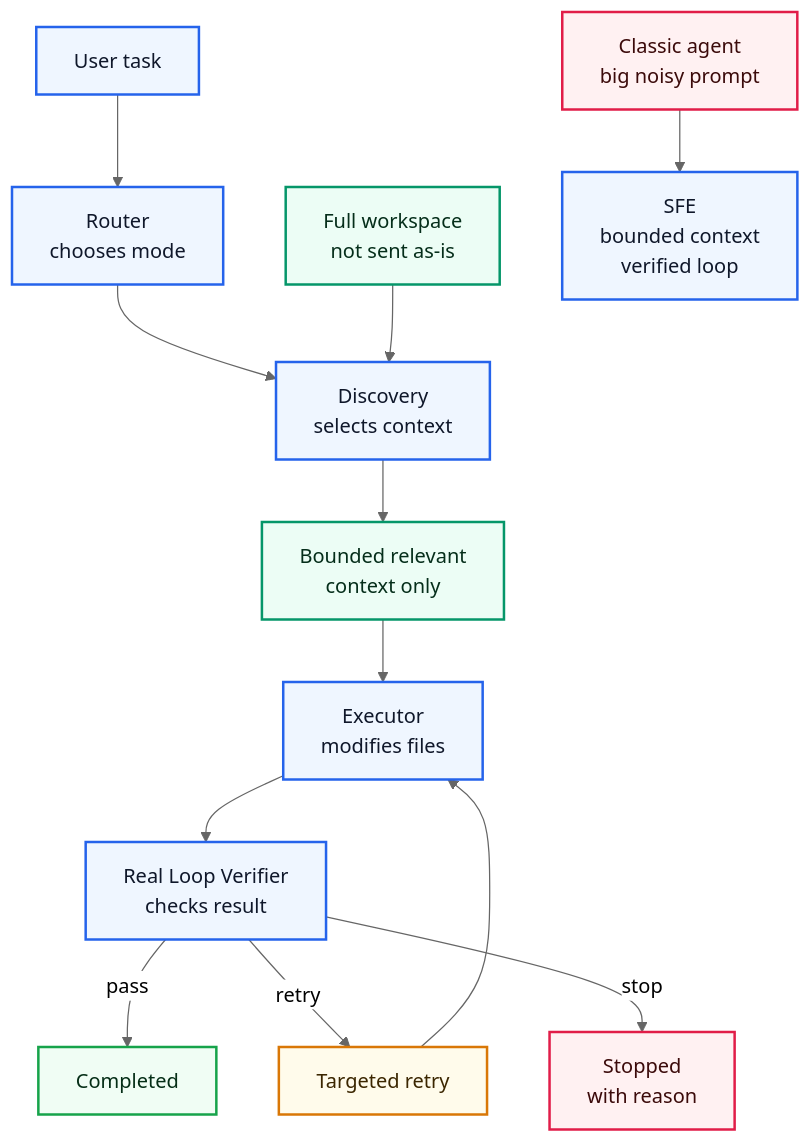
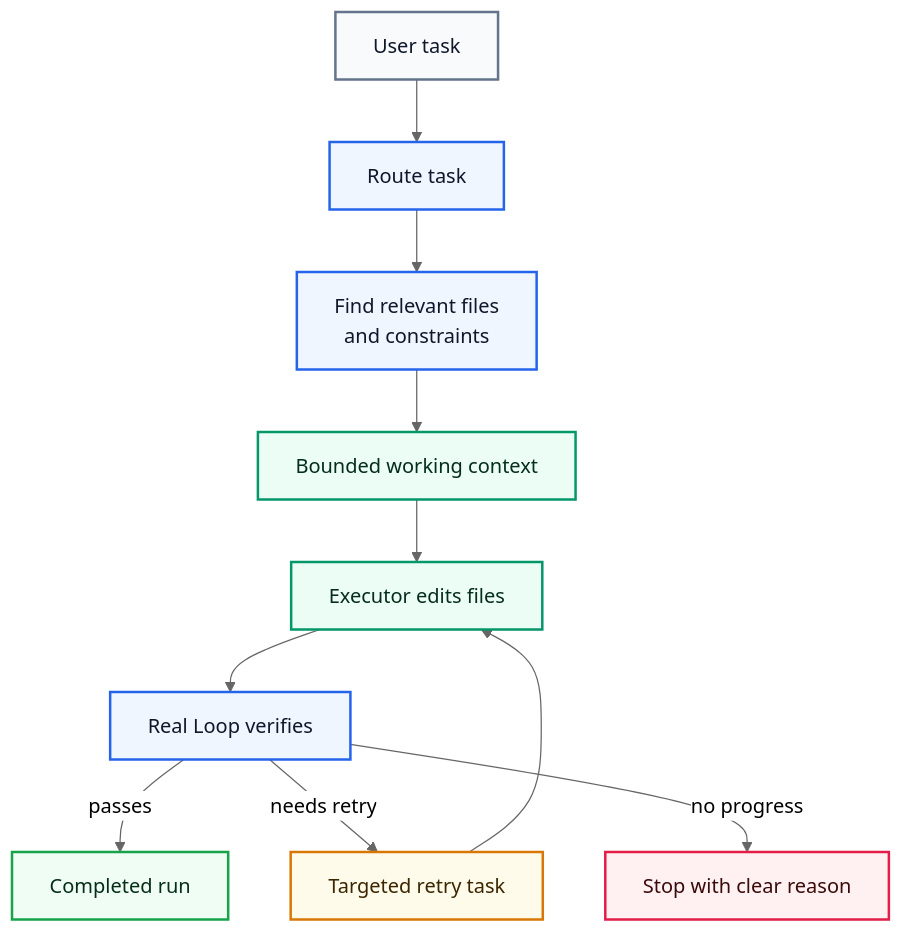
Before and after one commit to Patrice-Gaudicheau/sfe: the diagram in README.md, drawn with Mermaid (neutral theme). The commit also changed other lines of this file, not shown here.

Commit message:
docs: simplify README SFE flow diagram

````diff
--- a/README.md
+++ b/README.md
@@ -35,30 +35,27 @@
 ```mermaid
 flowchart TB
-    %% Compact SFE diagram for GitHub README
+    T["User task"] --> M["Route task"]
+    M --> D["Find relevant files<br/>and constraints"]
+    D --> B["Bounded working context"]
+    B --> E["Executor edits files"]
+    E --> V["Real Loop verifies"]
 
-    T["User task"] --> R["Router<br/>chooses mode"]
-    R --> D["Discovery<br/>selects context"]
-    W["Full workspace<br/>not sent as-is"] --> D
-    D --> C["Bounded relevant<br/>context only"]
-    C --> E["Executor<br/>modifies files"]
-    E --> V["Real Loop Verifier<br/>checks result"]
+    V -->|passes| OK["Completed run"]
+    V -->|needs retry| R["Targeted retry task"]
+    R --> E
+    V -->|no progress| S["Stop with clear reason"]
 
-    V -->|pass| OK["Completed"]
-    V -->|retry| RT["Targeted retry"]
-    RT --> E
-    V -->|stop| STOP["Stopped<br/>with reason"]
-
-    X["Classic agent<br/>big noisy prompt"] --> Y["SFE<br/>bounded context<br/>verified loop"]
-
-    classDef problem fill:#fff1f2,stroke:#e11d48,stroke-width:2px,color:#3b0a0a
-    classDef core fill:#eff6ff,stroke:#2563eb,stroke-width:2px,color:#0f172a
+    classDef input fill:#f8fafc,stroke:#64748b,stroke-width:2px,color:#0f172a
+    classDef control fill:#eff6ff,stroke:#2563eb,stroke-width:2px,color:#0f172a
     classDef context fill:#ecfdf5,stroke:#059669,stroke-width:2px,color:#052e1a
     classDef loop fill:#fffbeb,stroke:#d97706,stroke-width:2px,color:#3b2600
     classDef success fill:#f0fdf4,stroke:#16a34a,stroke-width:2px,color:#052e16
+    classDef stop fill:#fff1f2,stroke:#e11d48,stroke-width:2px,color:#3b0a0a
 
-    class T,R,D,E,V,Y core
-    class W,C context
-    class RT loop
+    class T input
+    class M,D,V control
+    class B,E context
+    class R loop
     class OK success
-    class X,STOP problem
+    class S stop
 ```
````
